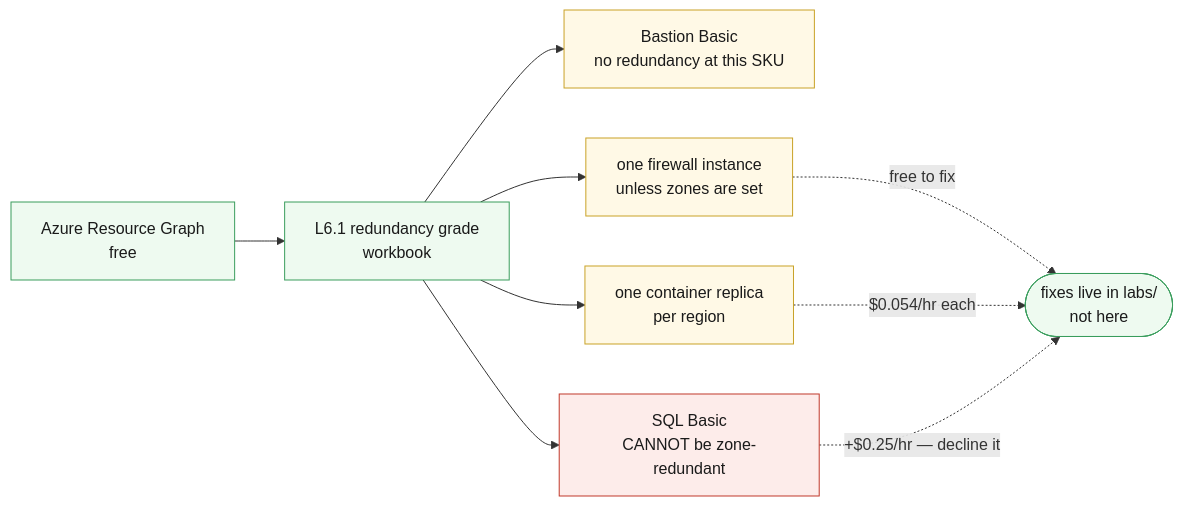
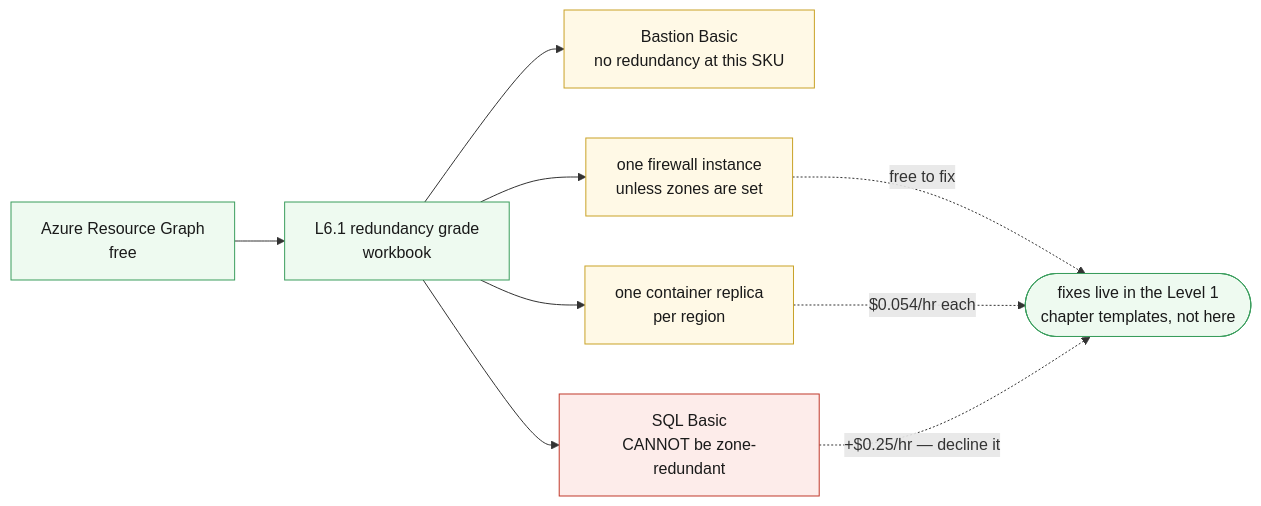
The diagram in docs/wiki/Curriculum-L6-1-High-Availability.md (saulpatinojr/Demo-IaC_Demo_with_VSCode), drawn with Mermaid before and after one commit. The commit also changed other lines of this file and 58 other files, not shown here.

````diff
--- a/docs/wiki/Curriculum-L6-1-High-Availability.md
+++ b/docs/wiki/Curriculum-L6-1-High-Availability.md
@@ -19,26 +19,26 @@
 ```mermaid
 flowchart LR
   ARG["Azure Resource Graph<br/>free"]
   WB["L6.1 redundancy grade<br/>workbook"]
   F1["Bastion Basic<br/>no redundancy at this SKU"]
   F2["one firewall instance<br/>unless zones are set"]
   F3["SQL Basic<br/>CANNOT be zone-redundant"]
   F4["one container replica<br/>per region"]
-  FIX(["fixes live in labs/<br/>not here"])
+  FIX(["fixes live in the Level 1<br/>chapter templates, not here"])
 
   ARG --> WB
   WB --> F1
   WB --> F2
   WB --> F3
   WB --> F4
   F2 -.->|"free to fix"| FIX
   F4 -.->|"$0.054/hr each"| FIX
   F3 -.->|"+$0.25/hr — decline it"| FIX
 
   classDef free fill:#eefaf0,stroke:#3a9d5d,color:#1a1a1a
   classDef gap fill:#fff9e6,stroke:#c9a227,color:#1a1a1a
   classDef costly fill:#fdecea,stroke:#c0392b,color:#1a1a1a
   class ARG,WB,FIX free
   class F1,F2,F4 gap
   class F3 costly
 ```
````
